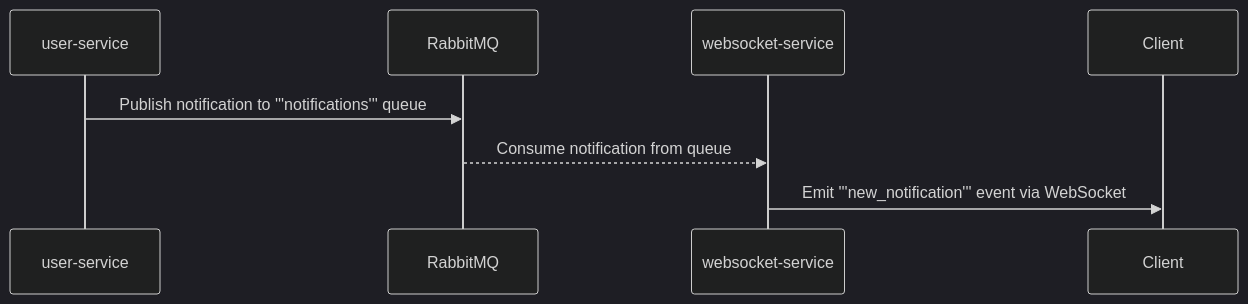
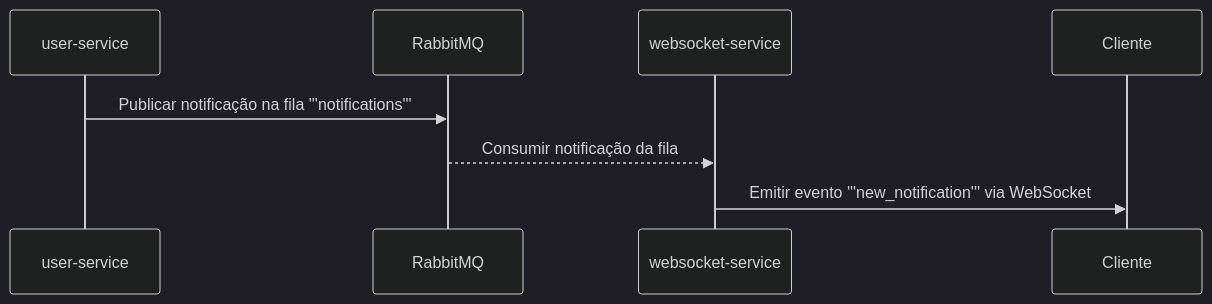
The fifth of 16 diagrams in docs/diagrams.md (Thiagoldo/pos-unifametro-backend), drawn with Mermaid (dark theme) before and after one commit. The commit also changed other lines of this file, not shown here.

Commit message:
docs: translate diagrams.md to portuguese

````diff
--- a/docs/diagrams.md
+++ b/docs/diagrams.md
@@ -75,11 +75,11 @@
 ```mermaid
 sequenceDiagram
     participant user-service
     participant RabbitMQ
     participant websocket-service
-    participant Client
+    participant Cliente
 
-    user-service->>RabbitMQ: Publish notification to '''notifications''' queue
-    RabbitMQ-->>websocket-service: Consume notification from queue
-    websocket-service->>Client: Emit '''new_notification''' event via WebSocket
+    user-service->>RabbitMQ: Publicar notificação na fila '''notifications'''
+    RabbitMQ-->>websocket-service: Consumir notificação da fila
+    websocket-service->>Cliente: Emitir evento '''new_notification''' via WebSocket
 ```
````
